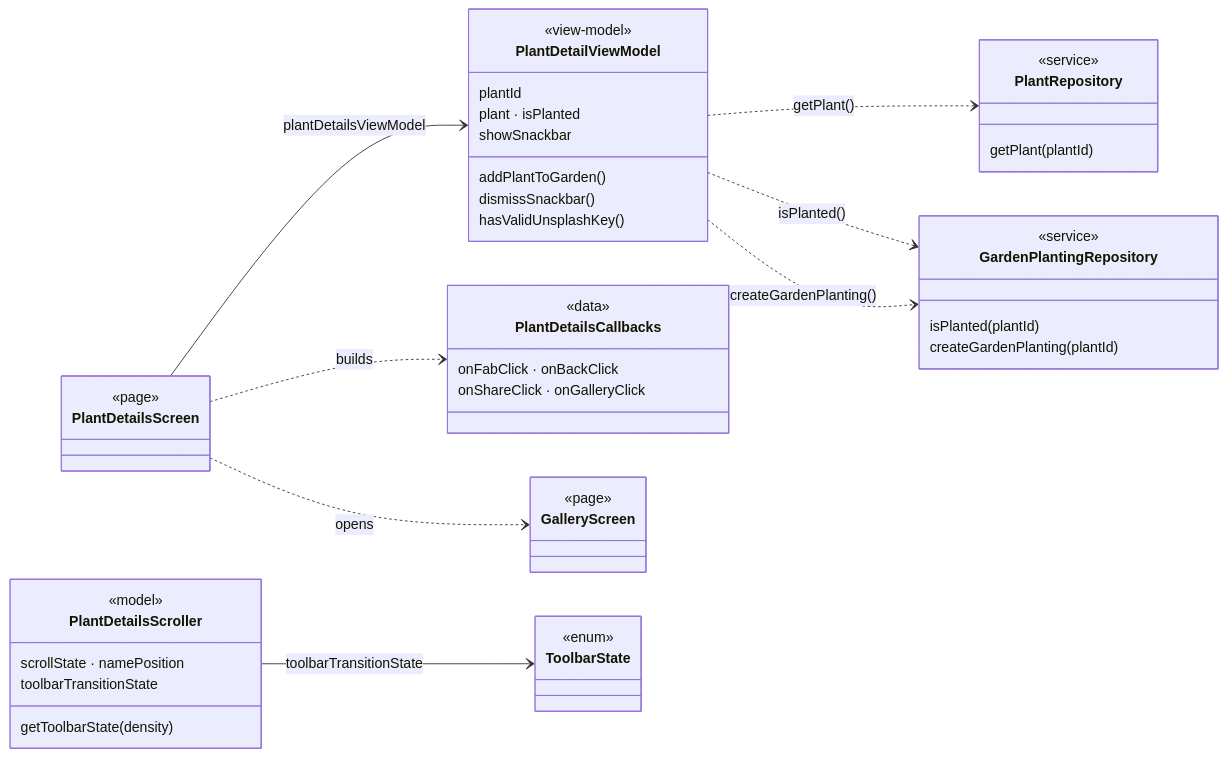
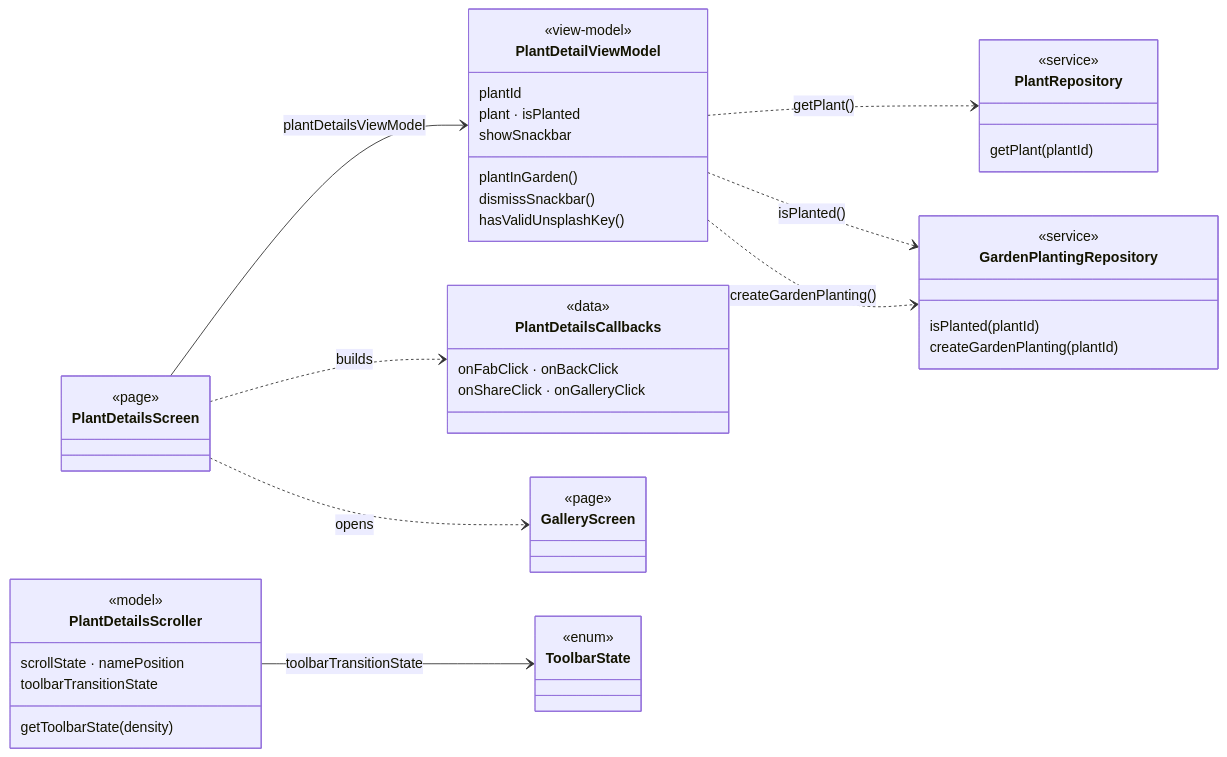
The first of 4 diagrams in docs/app-map/plant-detail.md (yonivav/app-map-demo), drawn with Mermaid before and after one commit. The commit also changed other lines of this file and 4 other files, not shown here.

````diff
--- a/docs/app-map/plant-detail.md
+++ b/docs/app-map/plant-detail.md
@@ -16,43 +16,43 @@
 ```mermaid
 classDiagram
   direction LR
   class PlantDetailsScreen { <<page>> }
   class PlantDetailViewModel {
     <<view-model>>
     plantId
     plant · isPlanted
     showSnackbar
-    addPlantToGarden()
+    plantInGarden()
     dismissSnackbar()
     hasValidUnsplashKey()
   }
   class PlantRepository {
     <<service>>
     getPlant(plantId)
   }
   class GardenPlantingRepository {
     <<service>>
     isPlanted(plantId)
     createGardenPlanting(plantId)
   }
   class PlantDetailsCallbacks {
     <<data>>
     onFabClick · onBackClick
     onShareClick · onGalleryClick
   }
   class PlantDetailsScroller {
     <<model>>
     scrollState · namePosition
     toolbarTransitionState
     getToolbarState(density)
   }
   class ToolbarState { <<enum>> }
   class GalleryScreen { <<page>> }
   PlantDetailsScreen --> PlantDetailViewModel : plantDetailsViewModel
   PlantDetailViewModel ..> PlantRepository : getPlant()
   PlantDetailViewModel ..> GardenPlantingRepository : isPlanted()
   PlantDetailViewModel ..> GardenPlantingRepository : createGardenPlanting()
   PlantDetailsScreen ..> PlantDetailsCallbacks : builds
   PlantDetailsScroller --> ToolbarState : toolbarTransitionState
   PlantDetailsScreen ..> GalleryScreen : opens
 ```
````
